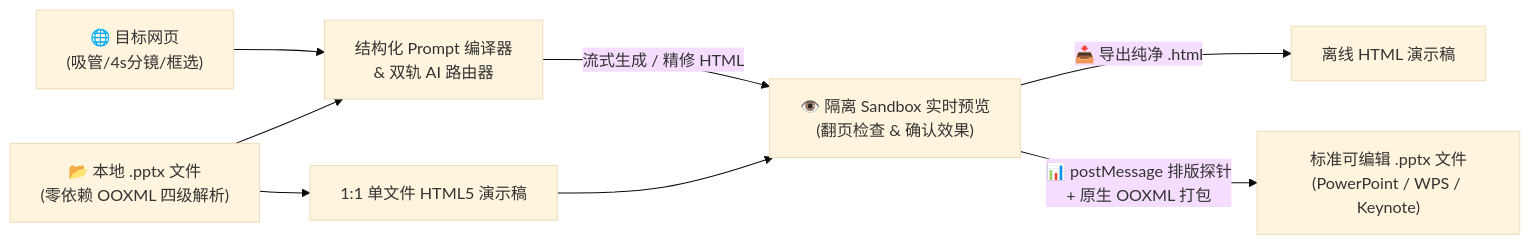
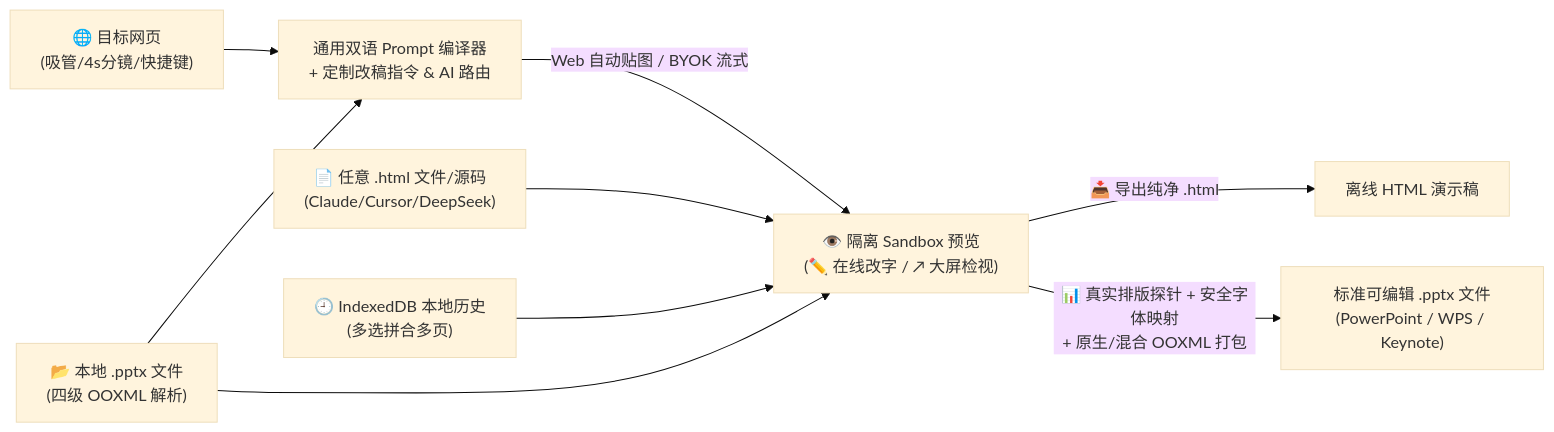
The diagram in README.md (633qaq/web-reverse-inspector), drawn with Mermaid (base theme) before and after one commit. The commit also changed other lines of this file and 24 other files, not shown here.

Commit message:
feat!: release Web Reverse Inspector v2.0.0 (10 major UX, HTML->PPTX & AI upgrades)

````diff
--- a/README.md
+++ b/README.md
@@ -61,10 +60,11 @@
 ```mermaid
 flowchart LR
-    A["🌐 目标网页\n(吸管/4s分镜/框选)"] --> C["结构化 Prompt 编译器\n& 双轨 AI 路由器"]
-    B["📂 本地 .pptx 文件\n(零依赖 OOXML 四级解析)"] --> C
-    B --> D["1:1 单文件 HTML5 演示稿"]
-    C -->|"流式生成 / 精修 HTML"| E["👁️ 隔离 Sandbox 实时预览\n(翻页检查 & 确认效果)"]
-    D --> E
+    A["🌐 目标网页\n(吸管/4s分镜/快捷键)"] --> D["通用双语 Prompt 编译器\n+ 定制改稿指令 & AI 路由"]
+    B["📂 本地 .pptx 文件\n(四级 OOXML 解析)"] --> D
+    B --> E["👁️ 隔离 Sandbox 预览\n(✏️ 在线改字 / ↗ 大屏检视)"]
+    C["📄 任意 .html 文件/源码\n(Claude/Cursor/DeepSeek)"] --> E
+    D -->|"Web 自动贴图 / BYOK 流式"| E
+    H["🕘 IndexedDB 本地历史\n(多选拼合多页)"] --> E
     E -->|"📥 导出纯净 .html"| F["离线 HTML 演示稿"]
-    E -->|"📊 postMessage 排版探针\n+ 原生 OOXML 打包"| G["标准可编辑 .pptx 文件\n(PowerPoint / WPS / Keynote)"]
+    E -->|"📊 真实排版探针 + 安全字体映射\n+ 原生/混合 OOXML 打包"| G["标准可编辑 .pptx 文件\n(PowerPoint / WPS / Keynote)"]
 ```
````
